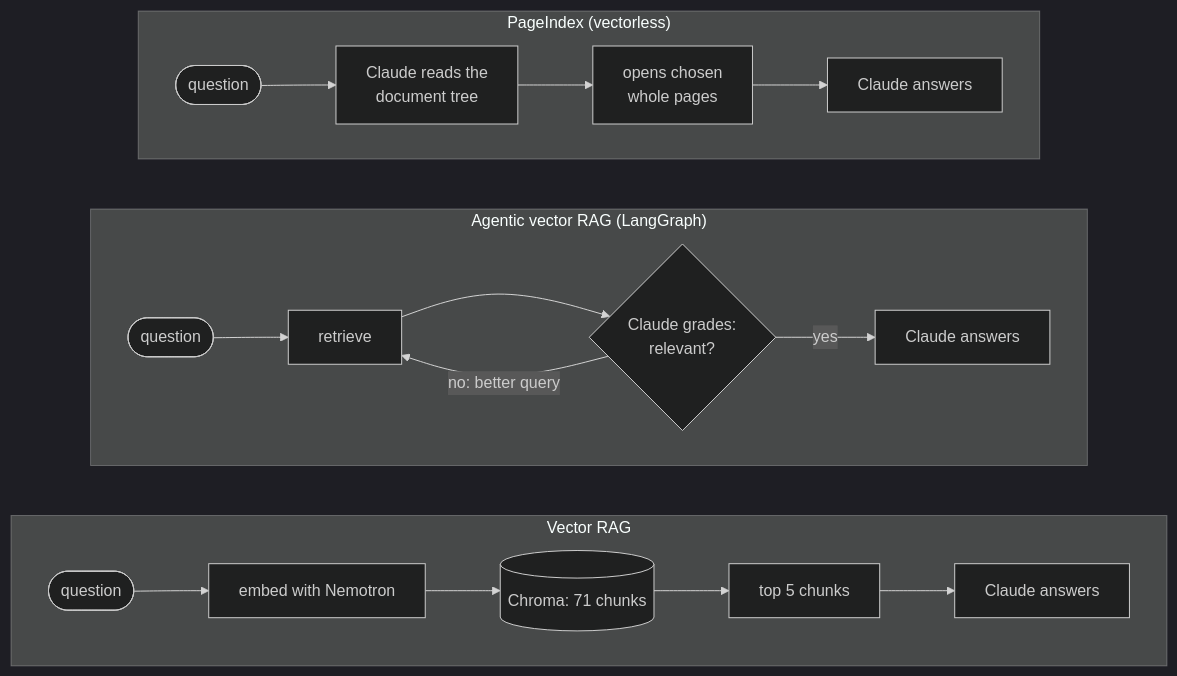
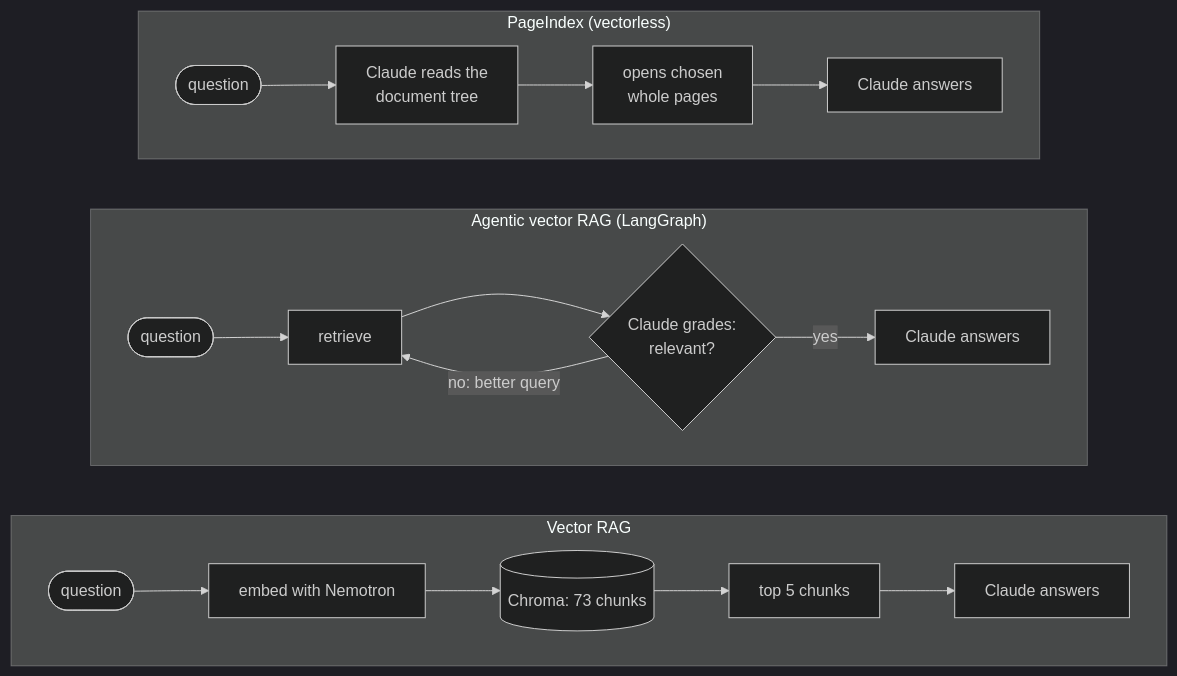
The diagram in README.md (Arpan-ar7/pageindex-vectorless-vs-vectordb-rag), drawn with Mermaid (dark theme) before and after one commit. The commit also changed other lines of this file and 19 other files, not shown here.

````diff
--- a/README.md
+++ b/README.md
@@ -51,17 +68,17 @@
 ```mermaid
 flowchart LR
     subgraph V["Vector RAG"]
         direction LR
-        Q1([question]) --> E1[embed with Nemotron] --> C1[(Chroma: 71 chunks)] --> K1[top 5 chunks] --> A1[Claude answers]
+        Q1([question]) --> E1[embed with Nemotron] --> C1[(Chroma: 73 chunks)] --> K1[top 5 chunks] --> A1[Claude answers]
     end
     subgraph G["Agentic vector RAG (LangGraph)"]
         direction LR
         Q2([question]) --> R2[retrieve] --> GR{Claude grades:<br/>relevant?}
         GR -- yes --> A2[Claude answers]
         GR -- "no: better query" --> R2
     end
     subgraph P["PageIndex (vectorless)"]
         direction LR
         Q3([question]) --> T3[Claude reads the<br/>document tree] --> O3[opens chosen<br/>whole pages] --> A3[Claude answers]
     end
 ```
````
